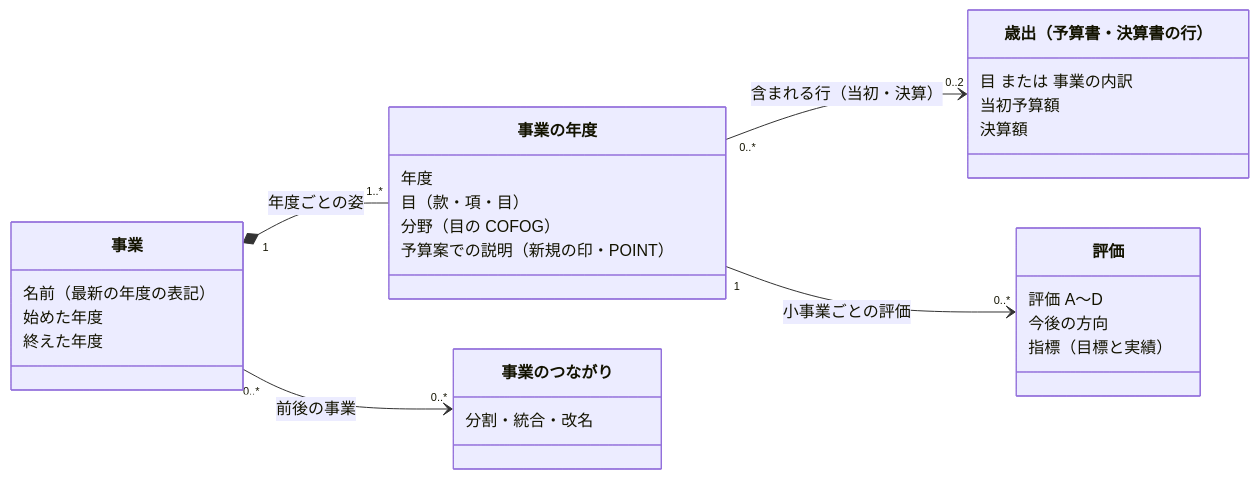
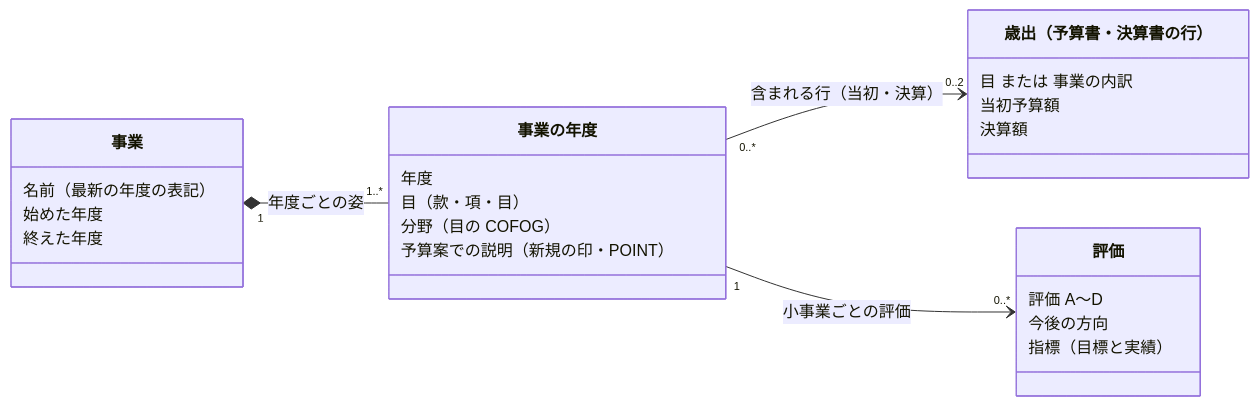
The diagram in docs/prd/jurisdiction-page-data/project-domain-model.md (fudoki-hensansitu/fudoki), drawn with Mermaid before and after one commit. The commit also changed other lines of this file, not shown here.

````diff
--- a/docs/prd/jurisdiction-page-data/project-domain-model.md
+++ b/docs/prd/jurisdiction-page-data/project-domain-model.md
@@ -17,32 +17,28 @@
 ```mermaid
 classDiagram
     direction LR
     class Project["事業"] {
         名前（最新の年度の表記）
         始めた年度
         終えた年度
     }
     class ProjectYear["事業の年度"] {
         年度
         目（款・項・目）
         分野（目の COFOG）
         予算案での説明（新規の印・POINT）
     }
     class Expenditure["歳出（予算書・決算書の行）"] {
         目 または 事業の内訳
         当初予算額
         決算額
     }
     class Evaluation["評価"] {
         評価 A〜D
         今後の方向
         指標（目標と実績）
     }
-    class Lineage["事業のつながり"] {
-        分割・統合・改名
-    }
     Project "1" *-- "1..*" ProjectYear : 年度ごとの姿
     ProjectYear "0..*" --> "0..2" Expenditure : 含まれる行（当初・決算）
     ProjectYear "1" --> "0..*" Evaluation : 小事業ごとの評価
-    Project "0..*" --> "0..*" Lineage : 前後の事業
 ```
````
